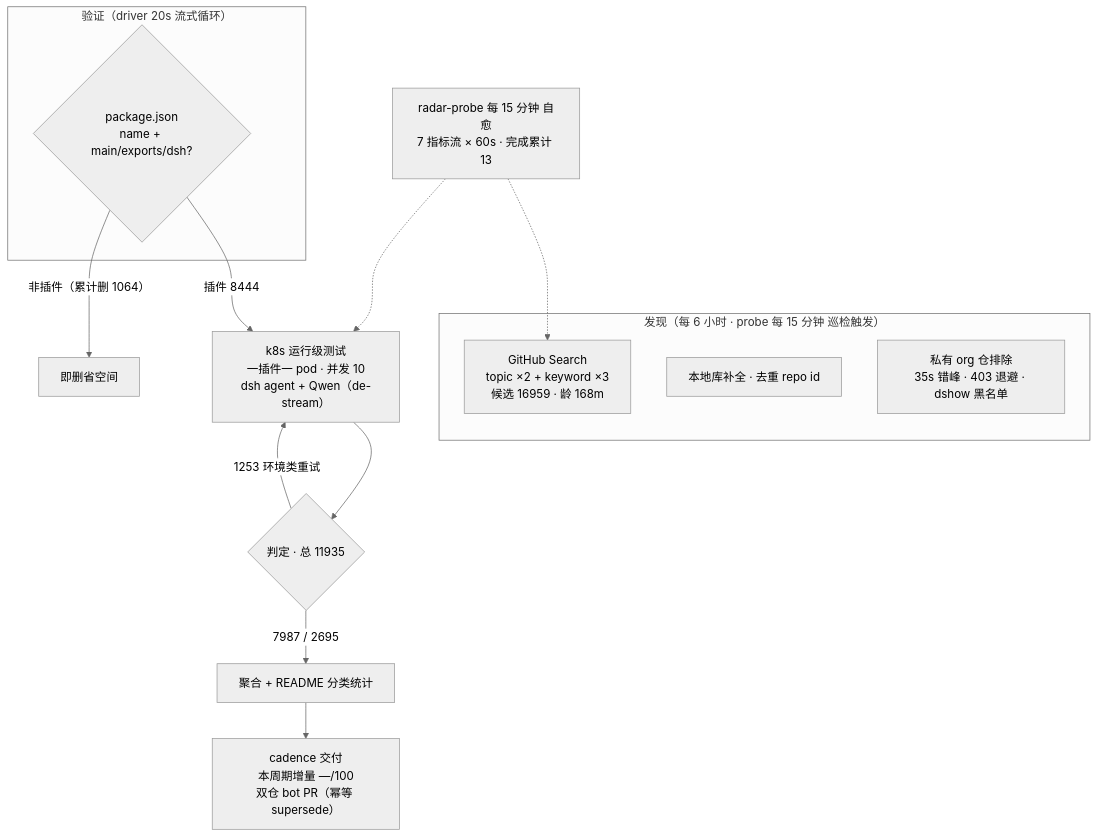
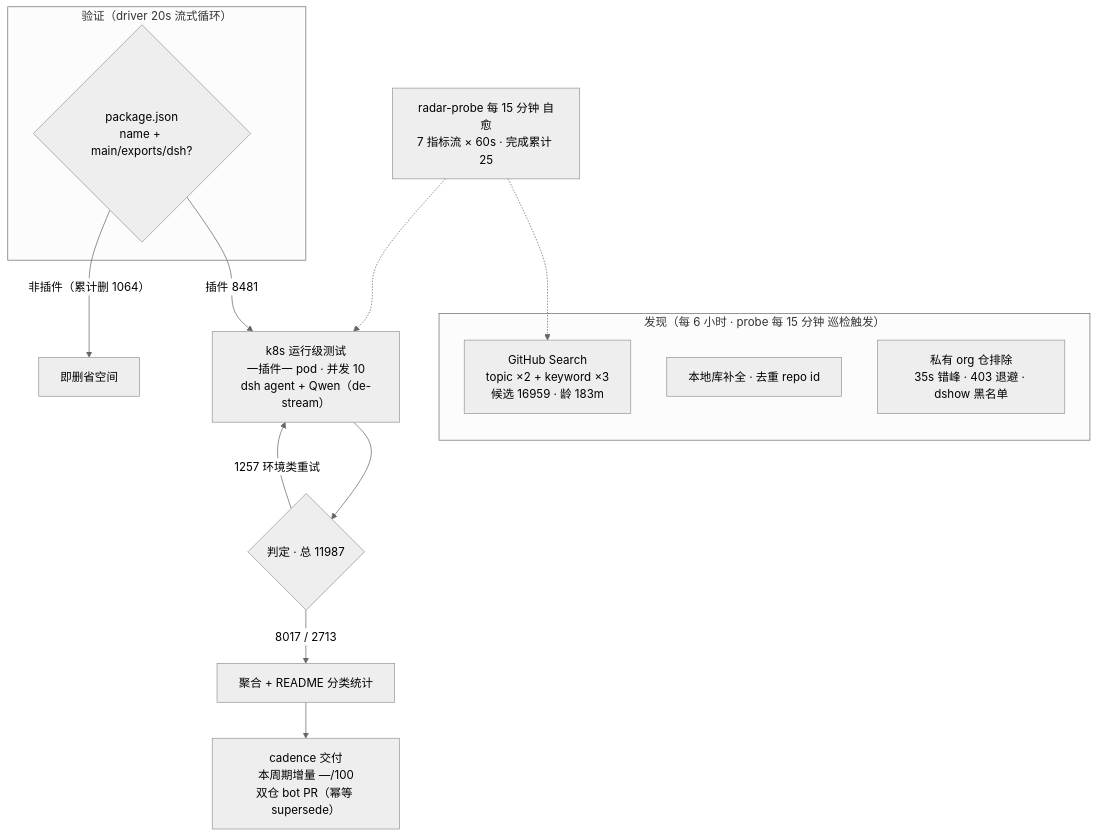
One commit to Zhidao-Lab-OSS/awesome-dsh-plugins changed the diagram in README.md. Above: the diagram before and after it, drawn with Mermaid (neutral theme). The commit also changed other lines of this file and 1 other file, not shown here.

````diff
--- a/README.md
+++ b/README.md
@@ -52,20 +52,20 @@
 ```mermaid
 flowchart TB
     subgraph Discovery["发现（每 6 小时 · probe 每 15 分钟 巡检触发）"]
-        A1["GitHub Search<br/>topic ×2 + keyword ×3<br/>候选 16959 · 龄 168m"]
+        A1["GitHub Search<br/>topic ×2 + keyword ×3<br/>候选 16959 · 龄 183m"]
         A2["本地库补全 · 去重 repo id"]
         A3["私有 org 仓排除<br/>35s 错峰 · 403 退避 · dshow 黑名单"]
     end
     subgraph Validation["验证（driver 20s 流式循环）"]
         B1{"package.json<br/>name + main/exports/dsh?"}
     end
-    B1 -->|"插件 8444"| C1["k8s 运行级测试<br/>一插件一 pod · 并发 10<br/>dsh agent + Qwen（de-stream）"]
+    B1 -->|"插件 8481"| C1["k8s 运行级测试<br/>一插件一 pod · 并发 10<br/>dsh agent + Qwen（de-stream）"]
     B1 -->|"非插件（累计删 1064）"| B3["即删省空间"]
-    C1 --> D1{"判定 · 总 11935"}
-    D1 -->|"7987 / 2695"| E1["聚合 + README 分类统计"]
-    D1 -->|"1253 环境类重试"| C1
+    C1 --> D1{"判定 · 总 11987"}
+    D1 -->|"8017 / 2713"| E1["聚合 + README 分类统计"]
+    D1 -->|"1257 环境类重试"| C1
     E1 --> E2["cadence 交付<br/>本周期增量 —/100<br/>双仓 bot PR（幂等 supersede）"]
-    M["radar-probe 每 15 分钟 自愈<br/>7 指标流 × 60s · 完成累计 13"]
+    M["radar-probe 每 15 分钟 自愈<br/>7 指标流 × 60s · 完成累计 25"]
     M -.-> A1
     M -.-> C1
 ```
````
